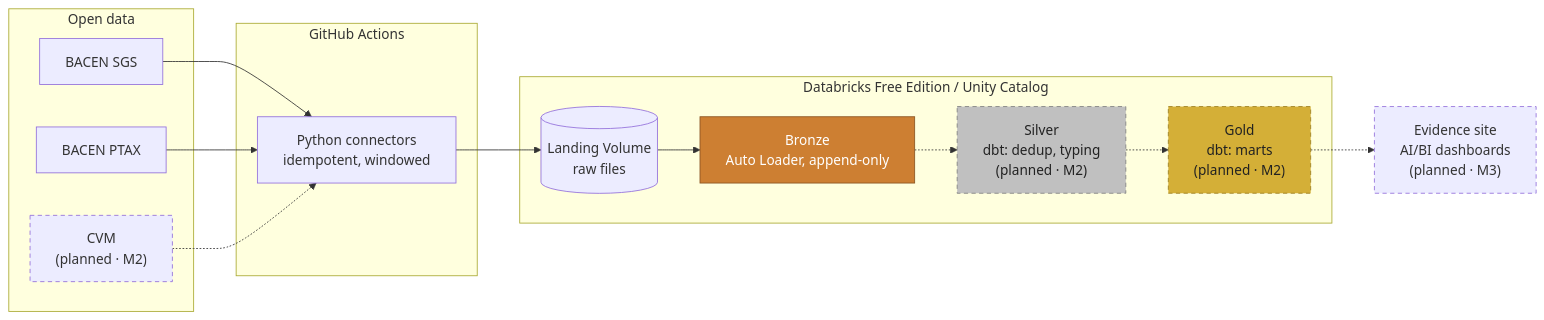
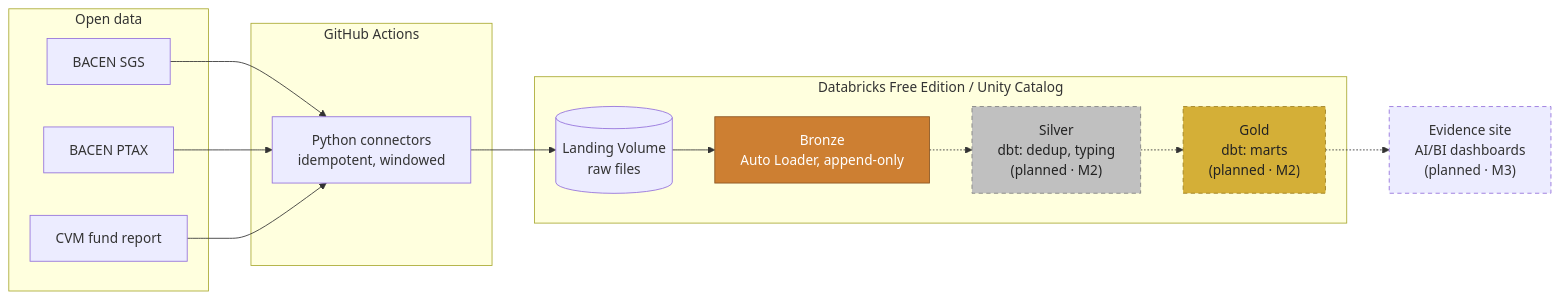
The diagram in README.md (marcus-brandao/brazil-finance-lakehouse), drawn with Mermaid before and after one commit. The commit also changed other lines of this file and 5 other files, not shown here.

````diff
--- a/README.md
+++ b/README.md
@@ -30,36 +31,36 @@
 ```mermaid
 flowchart LR
     subgraph src[Open data]
         sgs[BACEN SGS]
         ptax[BACEN PTAX]
-        cvm["CVM<br/>(planned · M2)"]
+        cvm[CVM fund report]
     end
 
     subgraph gha[GitHub Actions]
         conn[Python connectors<br/>idempotent, windowed]
     end
 
     subgraph dbx[Databricks Free Edition / Unity Catalog]
         vol[(Landing Volume<br/>raw files)]
         bronze[Bronze<br/>Auto Loader, append-only]
         silver["Silver<br/>dbt: dedup, typing<br/>(planned · M2)"]
         gold["Gold<br/>dbt: marts<br/>(planned · M2)"]
     end
 
     bi["Evidence site<br/>AI/BI dashboards<br/>(planned · M3)"]
 
     sgs --> conn
     ptax --> conn
-    cvm -.-> conn
+    cvm --> conn
     conn --> vol --> bronze
     bronze -.-> silver -.-> gold -.-> bi
 
     classDef bronzeC fill:#cd7f32,stroke:#8a5522,color:#fff
     classDef silverC fill:#c0c0c0,stroke:#808080,color:#222,stroke-dasharray:5 4
     classDef goldC fill:#d4af37,stroke:#9c7f1f,color:#222,stroke-dasharray:5 4
     classDef planned stroke-dasharray:5 4
     class bronze bronzeC
     class silver silverC
     class gold goldC
-    class cvm,bi planned
+    class bi planned
 ```
````
